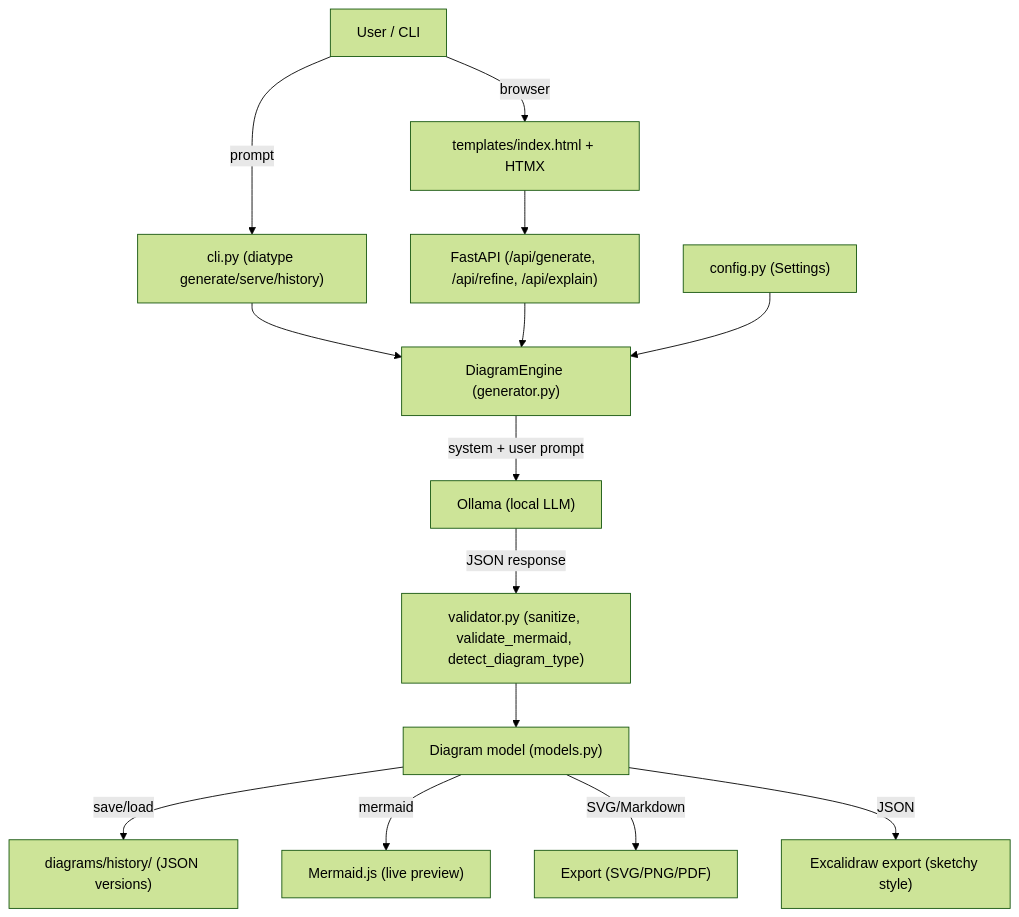
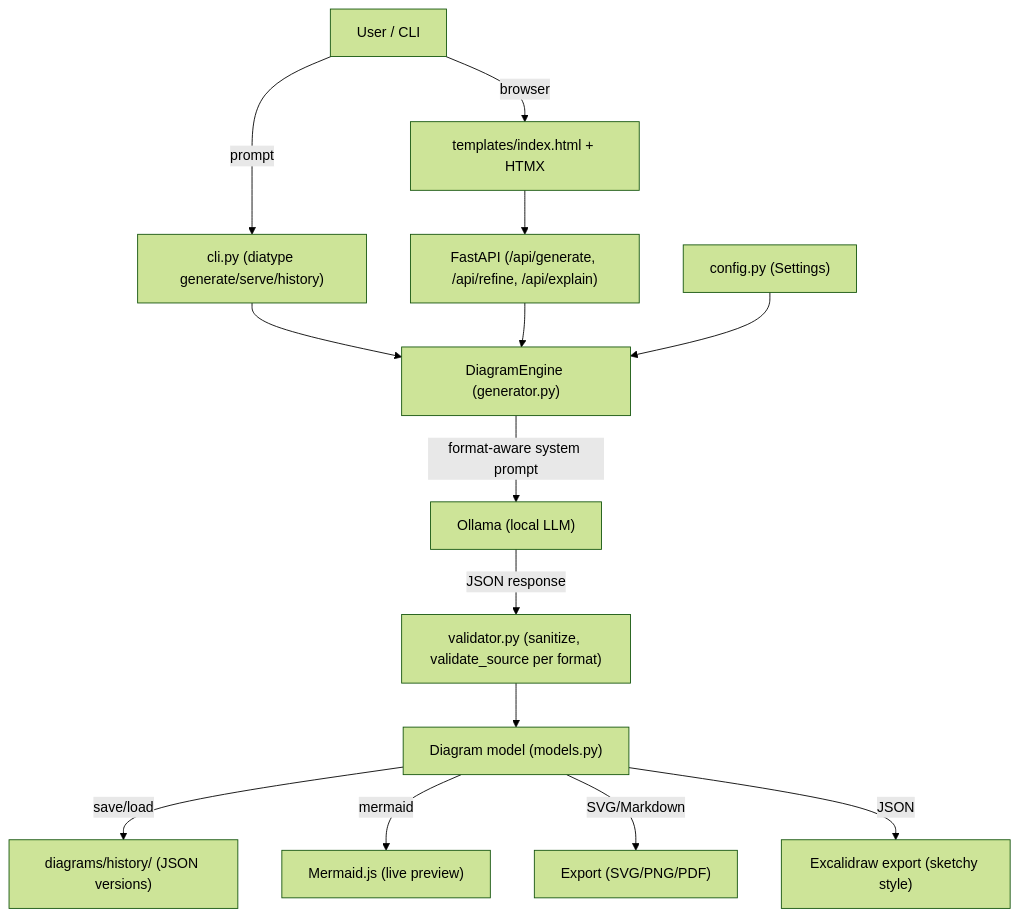
Before and after one commit to ajendras/diatype: the diagram in README.md, drawn with Mermaid (forest theme). The commit also changed other lines of this file and 4 other files, not shown here.

Commit message:
feat(generator): support PlantUML and Graphviz via additional LLM prompts

````diff
--- a/README.md
+++ b/README.md
@@ -231,16 +245,16 @@
 ```mermaid
 flowchart TD
     User[User / CLI] -->|prompt| CLI["cli.py (diatype generate/serve/history)"]
     User -->|browser| UI["templates/index.html + HTMX"]
     CLI --> Engine["DiagramEngine (generator.py)"]
     UI --> FastAPI["FastAPI (/api/generate, /api/refine, /api/explain)"]
     FastAPI --> Engine
-    Engine -->|system + user prompt| Ollama["Ollama (local LLM)"]
-    Ollama -->|JSON response| Validator["validator.py (sanitize, validate_mermaid, detect_diagram_type)"]
+    Engine -->|format-aware system prompt| Ollama["Ollama (local LLM)"]
+    Ollama -->|JSON response| Validator["validator.py (sanitize, validate_source per format)"]
     Validator --> Diagram["Diagram model (models.py)"]
     Diagram -->|save/load| History["diagrams/history/ (JSON versions)"]
     Diagram -->|mermaid| Renderer["Mermaid.js (live preview)"]
     Diagram -->|SVG/Markdown| Export["Export (SVG/PNG/PDF)"]
     Diagram -->|JSON| Excalidraw["Excalidraw export (sketchy style)"]
     Config["config.py (Settings)"] --> Engine
 ```
````
